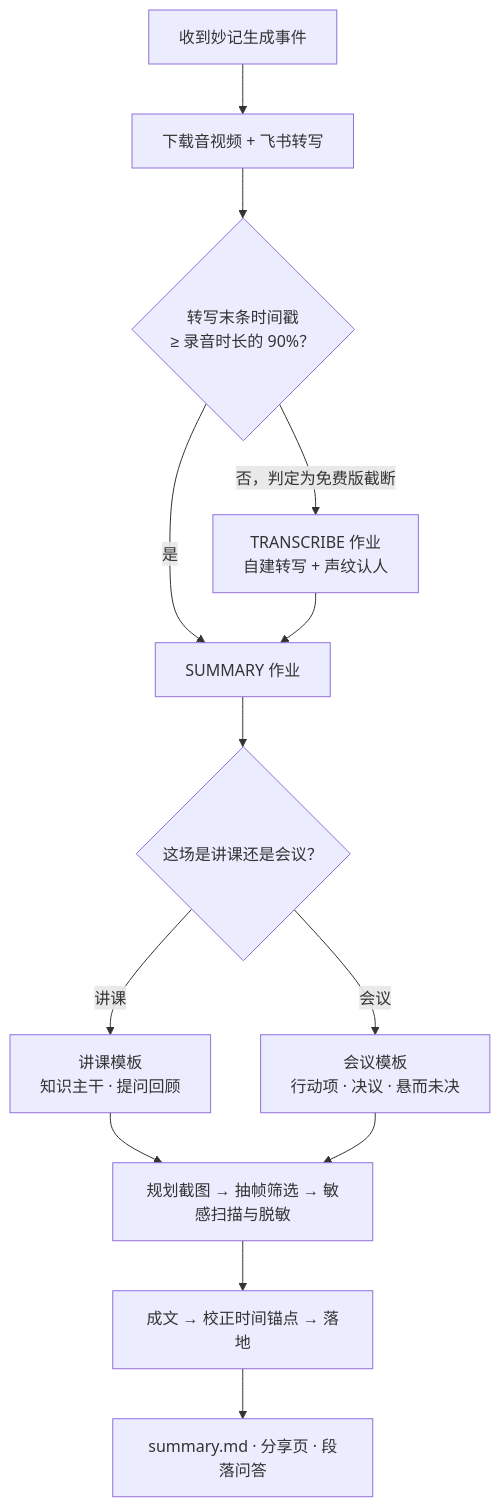
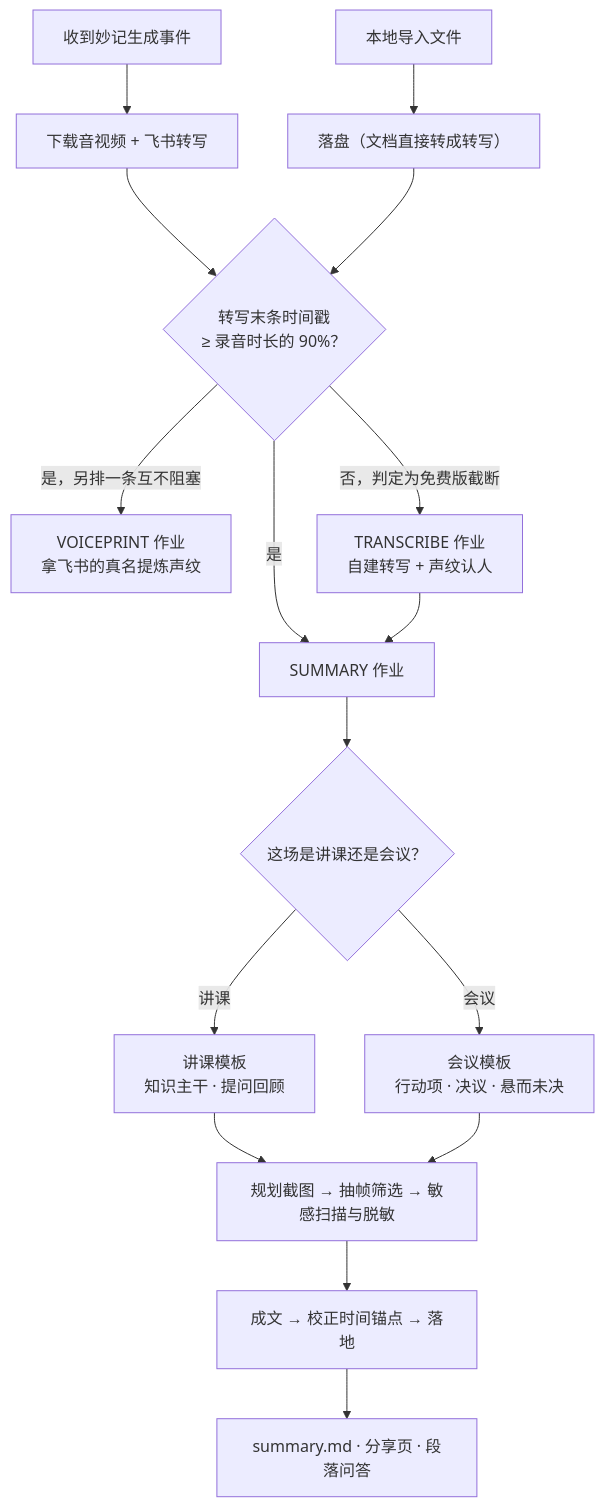
The second of 5 diagrams in README.md (Simuoss/feishu-minutes-automation), drawn with Mermaid before and after one commit. The commit also changed other lines of this file and 12 other files, not shown here.

````diff
--- a/README.md
+++ b/README.md
@@ -34,15 +35,18 @@
 ```mermaid
 flowchart TD
     E["收到妙记生成事件"] --> D["下载音视频 + 飞书转写"]
+    IM["本地导入文件"] --> D2["落盘（文档直接转成转写）"]
     D --> C{"转写末条时间戳<br/>≥ 录音时长的 90%？"}
+    D2 --> C
     C -->|"是"| S["SUMMARY 作业"]
+    C -->|"是，另排一条互不阻塞"| VP["VOICEPRINT 作业<br/>拿飞书的真名提炼声纹"]
     C -->|"否，判定为免费版截断"| T["TRANSCRIBE 作业<br/>自建转写 + 声纹认人"]
     T --> S
     S --> SC{"这场是讲课还是会议？"}
     SC -->|"讲课"| TPL["讲课模板<br/>知识主干 · 提问回顾"]
     SC -->|"会议"| TPL2["会议模板<br/>行动项 · 决议 · 悬而未决"]
     TPL --> ILL
     TPL2 --> ILL["规划截图 → 抽帧筛选 → 敏感扫描与脱敏"]
     ILL --> W["成文 → 校正时间锚点 → 落地"]
     W --> OUT["summary.md · 分享页 · 段落问答"]
 ```
````
